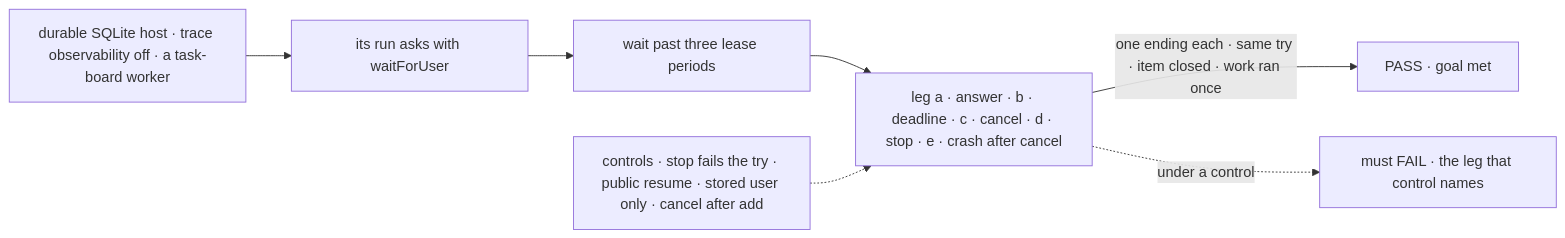
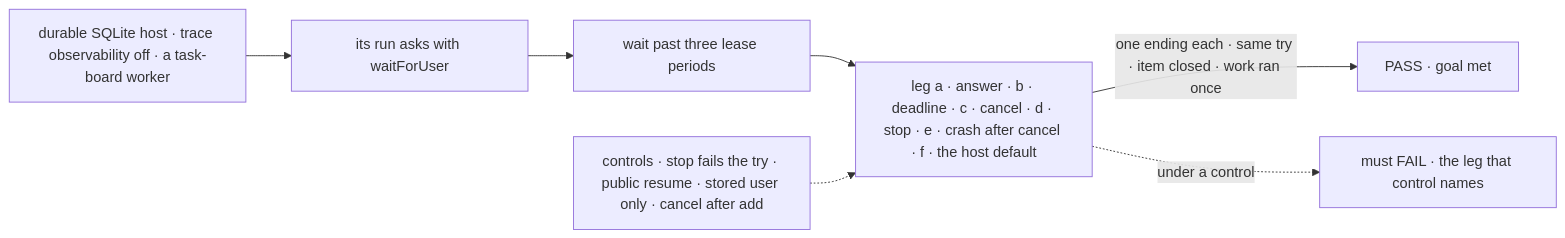
One commit to fixpoint-labs/flow-state-dev changed the first of 2 diagrams in specs/issues/FIX-2129/SPEC.md. Above: the diagram before and after it, drawn with Mermaid. The commit also changed other lines of this file and 1 other file, not shown here.

First line of the commit message:
spec(FIX-2129): goal leg f proves the person-stop host default

````diff
--- a/specs/issues/FIX-2129/SPEC.md
+++ b/specs/issues/FIX-2129/SPEC.md
@@ -35,9 +35,9 @@
 ```mermaid
 flowchart LR
   H["durable SQLite host · trace observability off · a task-board worker"] --> S["its run asks with waitForUser"]
   S --> W["wait past three lease periods"]
-  W --> E["leg a · answer · b · deadline · c · cancel · d · stop · e · crash after cancel"]
+  W --> E["leg a · answer · b · deadline · c · cancel · d · stop · e · crash after cancel · f · the host default"]
   E -->|"one ending each · same try · item closed · work ran once"| P["PASS · goal met"]
   C["controls · stop fails the try · public resume · stored user only · cancel after add"] -.-> E
   E -.->|"under a control"| F["must FAIL · the leg that control names"]
 ```
````
